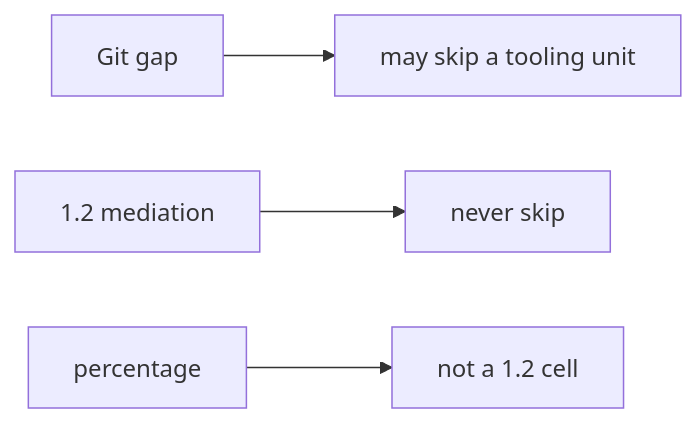
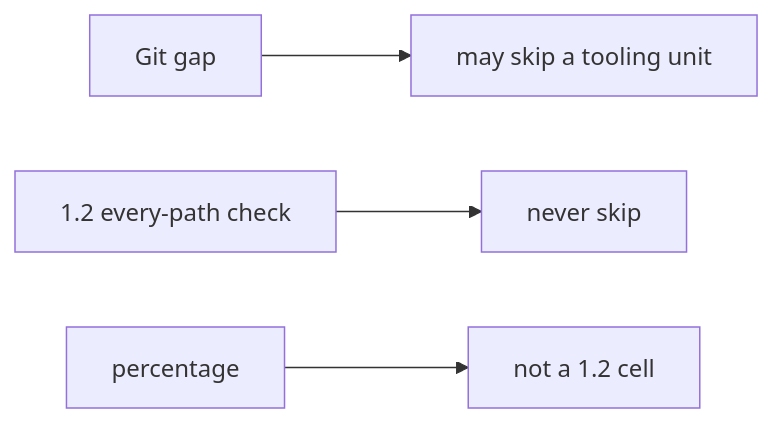
The second of 2 diagrams in content/modules/0/0.2/lessons/01-property.md (ishitvagoel/LearnSecurity), drawn with Mermaid before and after one commit. The commit also changed other lines of this file and 44 other files, not shown here.

````diff
--- a/content/modules/0/0.2/lessons/01-property.md
+++ b/content/modules/0/0.2/lessons/01-property.md
@@ -28,6 +28,6 @@
 ```mermaid
 flowchart LR
   Git[Git gap] --> Bridge[may skip a tooling unit]
-  Med["1.2 mediation"] --> Required[never skip]
+  Med["1.2 every-path check"] --> Required[never skip]
   Quiz[percentage] --> NotCell["not a 1.2 cell"]
 ```
````
